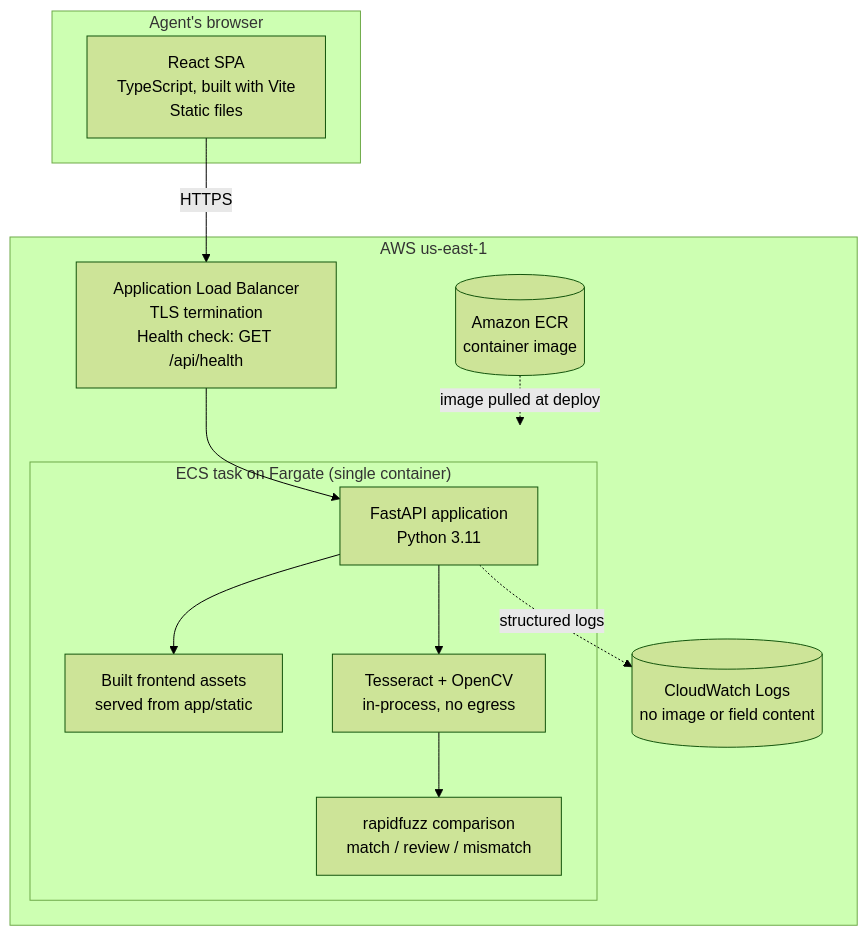
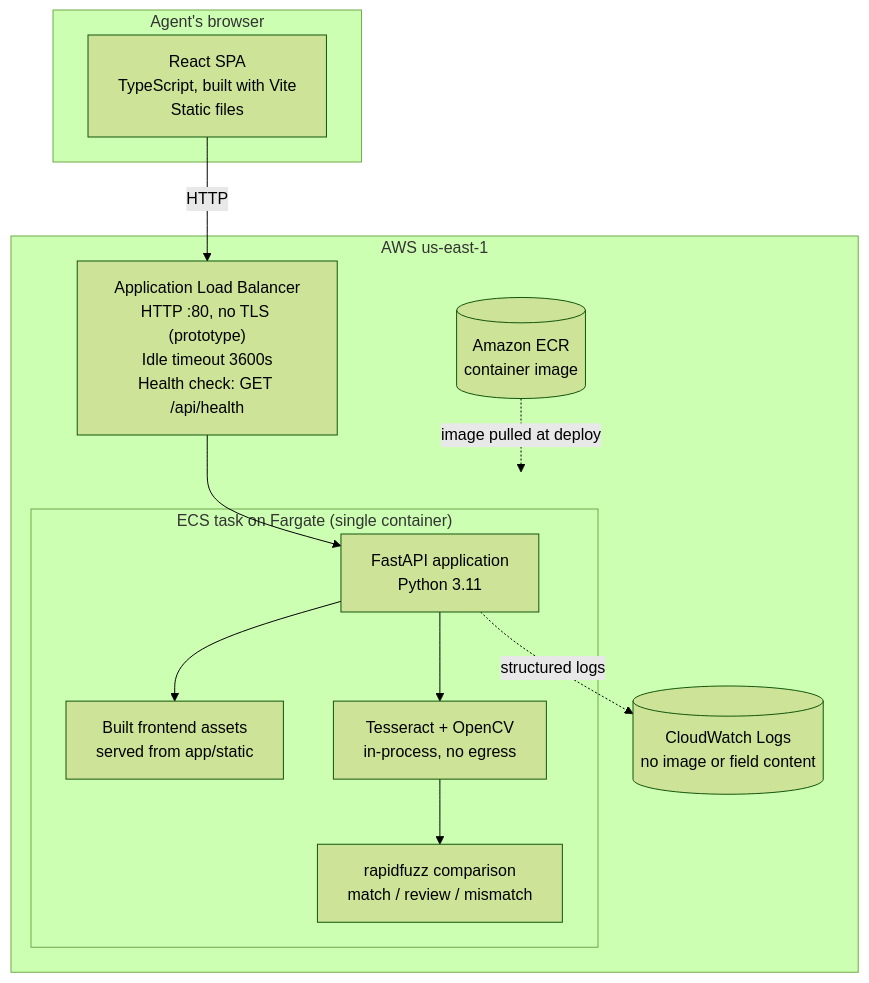
Before and after one commit to kimkight/26-DO-12891471-DH_T_ITS_AI_THT: the second of 4 diagrams in docs/05_ARCHITECTURE.md, drawn with Mermaid (forest theme). The commit also changed other lines of this file and 23 other files, not shown here.

````diff
--- a/docs/05_ARCHITECTURE.md
+++ b/docs/05_ARCHITECTURE.md
@@ -42,28 +42,28 @@
 ```mermaid
 graph TB
     subgraph browser["Agent's browser"]
         spa["React SPA<br/>TypeScript, built with Vite<br/>Static files"]
     end
 
     subgraph aws["AWS us-east-1"]
-        alb["Application Load Balancer<br/>TLS termination<br/>Health check: GET /api/health"]
+        alb["Application Load Balancer<br/>HTTP :80, no TLS (prototype)<br/>Idle timeout 3600s<br/>Health check: GET /api/health"]
 
         subgraph task["ECS task on Fargate (single container)"]
             api["FastAPI application<br/>Python 3.11"]
             static["Built frontend assets<br/>served from app/static"]
             ocr["Tesseract + OpenCV<br/>in-process, no egress"]
             match["rapidfuzz comparison<br/>match / review / mismatch"]
         end
 
         ecr[("Amazon ECR<br/>container image")]
         logs[("CloudWatch Logs<br/>no image or field content")]
     end
 
-    spa -->|HTTPS| alb
+    spa -->|HTTP| alb
     alb --> api
     api --> static
     api --> ocr
     ocr --> match
     ecr -.->|"image pulled at deploy"| task
     api -.->|"structured logs"| logs
 ```
````
